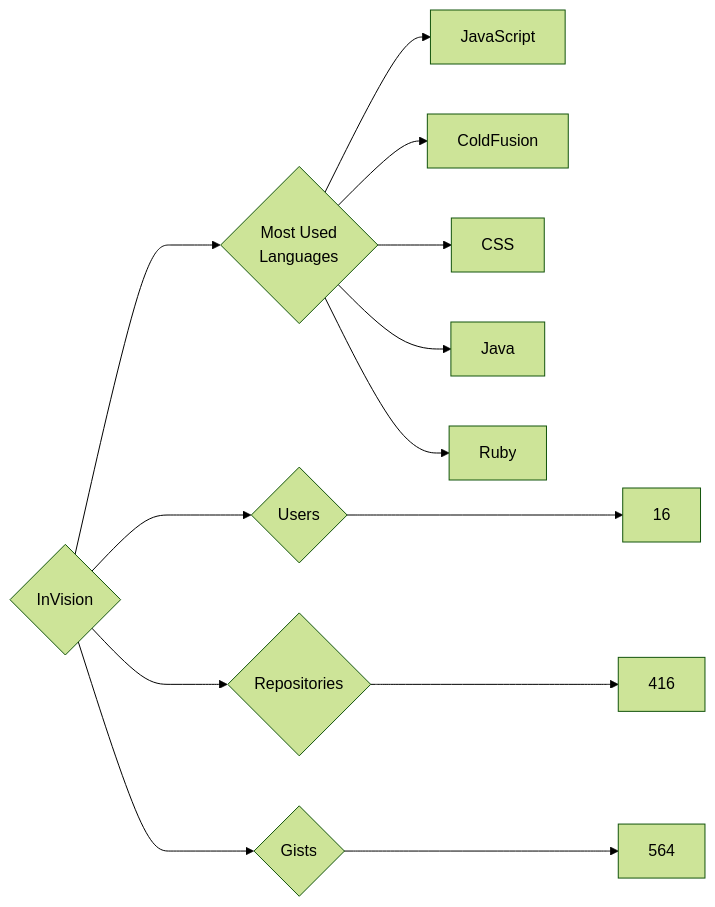
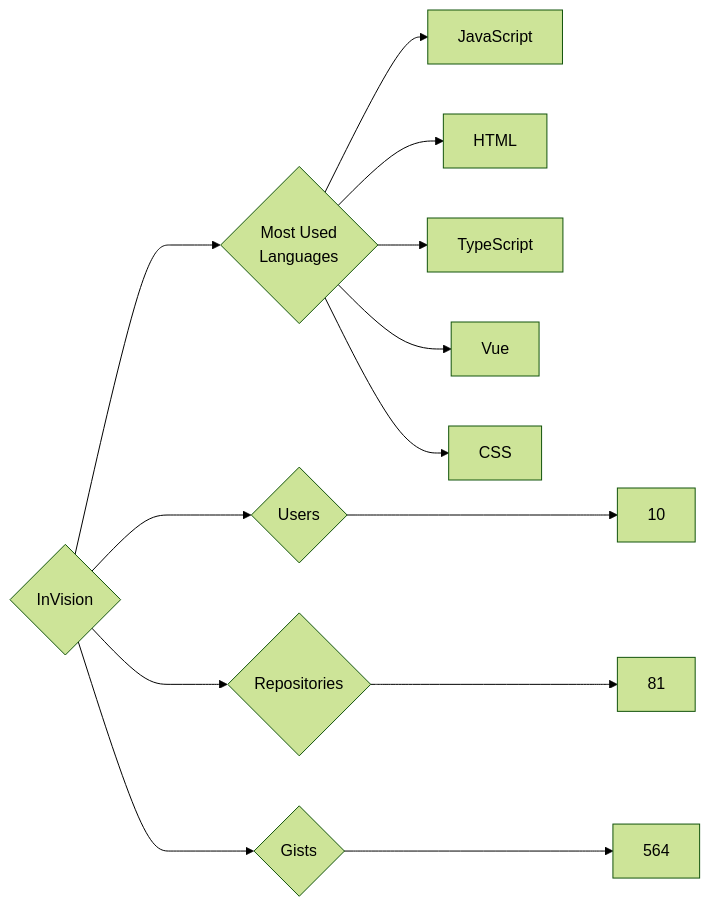
The diagram in targets/InVision/README.md (trickest/insiders), drawn with Mermaid (forest theme) before and after one commit. The commit also changed 681 other files, not shown here.

````diff
--- a/targets/InVision/README.md
+++ b/targets/InVision/README.md
@@ -3,13 +3,13 @@
 ```mermaid
 graph LR
 COMPANY_NAME{InVision}
-COMPANY_NAME ---> U{Users} ---> UN[16]
-COMPANY_NAME ---> R{Repositories} ---> RN[416]
+COMPANY_NAME ---> U{Users} ---> UN[10]
+COMPANY_NAME ---> R{Repositories} ---> RN[81]
 COMPANY_NAME ---> G{Gists} ---> GN[564]
 COMPANY_NAME ---> ML{Most Used<br>Languages}
 ML --> JavaScript[JavaScript]
-ML --> ColdFusion[ColdFusion]
+ML --> HTML[HTML]
+ML --> TypeScript[TypeScript]
+ML --> Vue[Vue]
 ML --> CSS[CSS]
-ML --> Java[Java]
-ML --> Ruby[Ruby]
 ```
````
